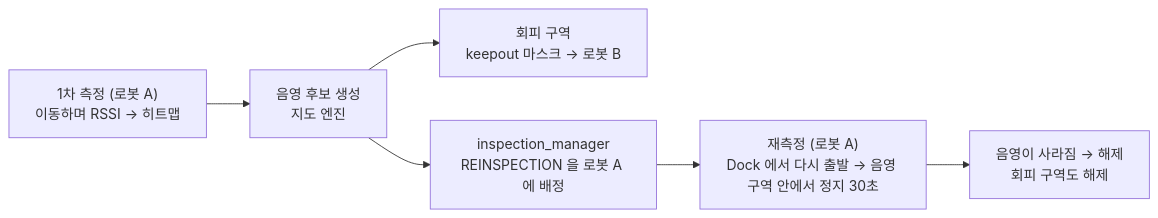
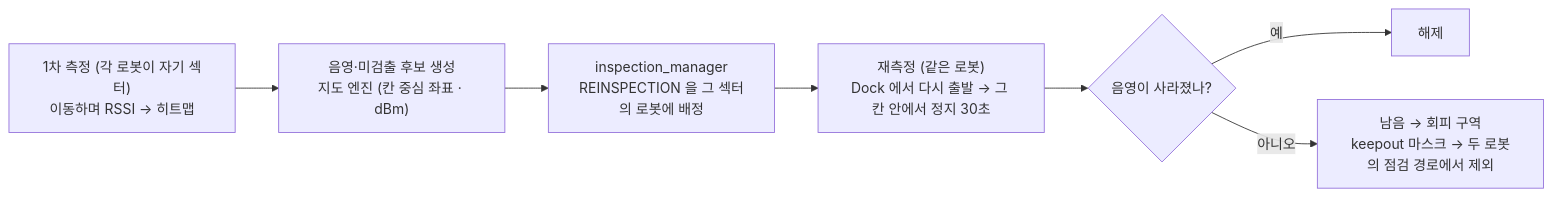
One commit to HJAE99/B_0102_Final_Project-archive changed the second of 4 diagrams in docs/deliverables/process_flow.md. Above: the diagram before and after it, drawn with Mermaid. The commit also changed other lines of this file and 9 other files, not shown here.

````diff
--- a/docs/deliverables/process_flow.md
+++ b/docs/deliverables/process_flow.md
@@ -44,8 +49,9 @@
 ```mermaid
 flowchart LR
-  A["1차 측정 (로봇 A)<br>이동하며 RSSI → 히트맵"] --> B["음영 후보 생성<br>지도 엔진"]
-  B --> M["회피 구역<br>keepout 마스크 → 로봇 B"]
-  B --> C["inspection_manager<br>REINSPECTION 을 로봇 A 에 배정"]
-  C --> D["재측정 (로봇 A)<br>Dock 에서 다시 출발 → 음영 구역 안에서 정지 30초"]
-  D --> G["음영이 사라짐 → 해제<br>회피 구역도 해제"]
+  A["1차 측정 (각 로봇이 자기 섹터)<br>이동하며 RSSI → 히트맵"] --> B["음영·미검출 후보 생성<br>지도 엔진 (칸 중심 좌표 · dBm)"]
+  B --> C["inspection_manager<br>REINSPECTION 을 그 섹터의 로봇에 배정"]
+  C --> D["재측정 (같은 로봇)<br>Dock 에서 다시 출발 → 그 칸 안에서 정지 30초"]
+  D --> G{"음영이 사라졌나?"}
+  G -- 예 --> H["해제"]
+  G -- 아니오 --> K["남음 → 회피 구역<br>keepout 마스크 → 두 로봇의 점검 경로에서 제외"]
 ```
````
